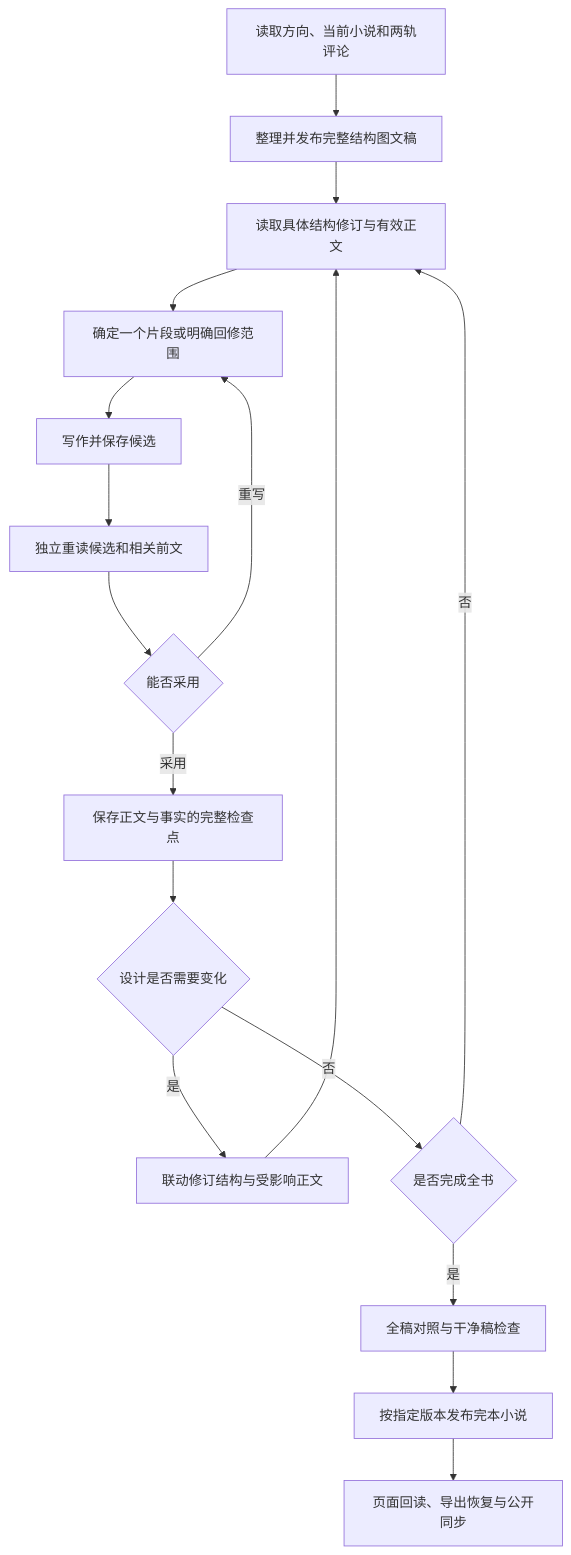
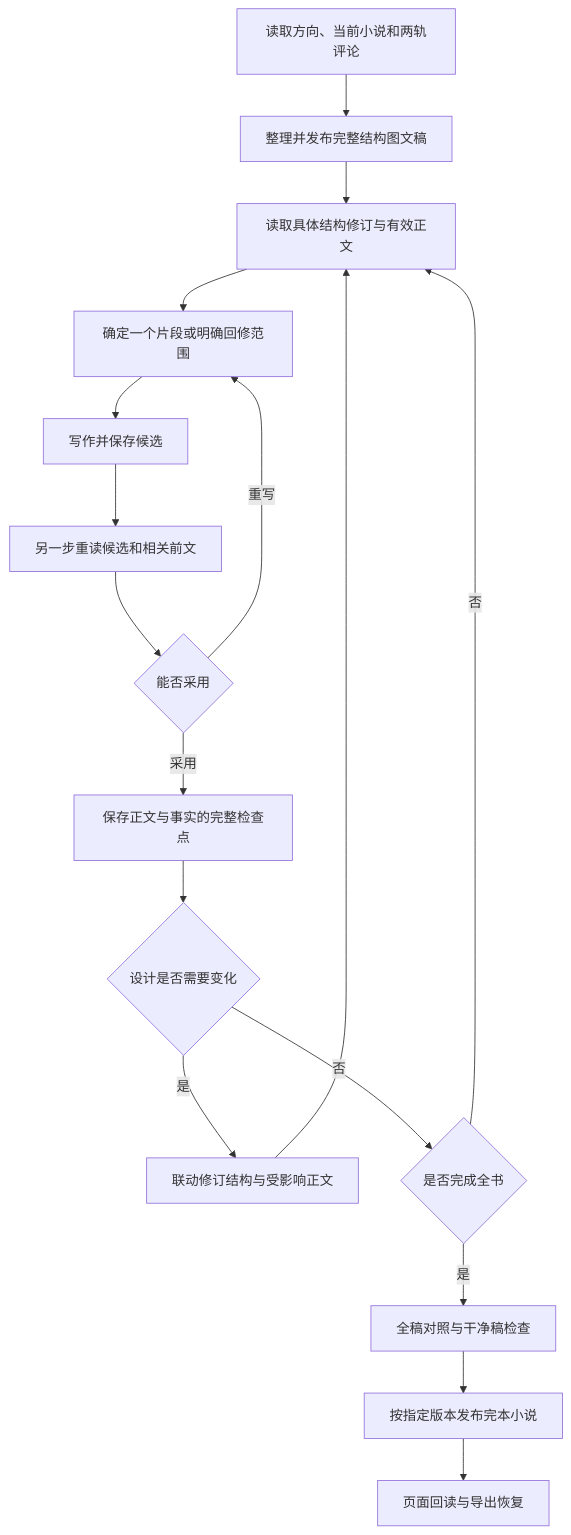
Before and after one commit to goosmanlei/SnakeSlayingRecord: the diagram in planning/incremental-writing-workflow.md, drawn with Mermaid. The commit also changed other lines of this file and 75 other files, not shown here.

````diff
--- a/planning/incremental-writing-workflow.md
+++ b/planning/incremental-writing-workflow.md
@@ -40,19 +40,19 @@
 ```mermaid
 flowchart TD
     A[读取方向、当前小说和两轨评论] --> B[整理并发布完整结构图文稿]
     B --> C[读取具体结构修订与有效正文]
     C --> D[确定一个片段或明确回修范围]
     D --> E[写作并保存候选]
-    E --> F[独立重读候选和相关前文]
+    E --> F[另一步重读候选和相关前文]
     F --> G{能否采用}
     G -->|重写| D
     G -->|采用| H[保存正文与事实的完整检查点]
     H --> I{设计是否需要变化}
     I -->|是| J[联动修订结构与受影响正文]
     J --> C
     I -->|否| K{是否完成全书}
     K -->|否| C
     K -->|是| L[全稿对照与干净稿检查]
     L --> M[按指定版本发布完本小说]
-    M --> N[页面回读、导出恢复与公开同步]
+    M --> N[页面回读与导出恢复]
 ```
````
